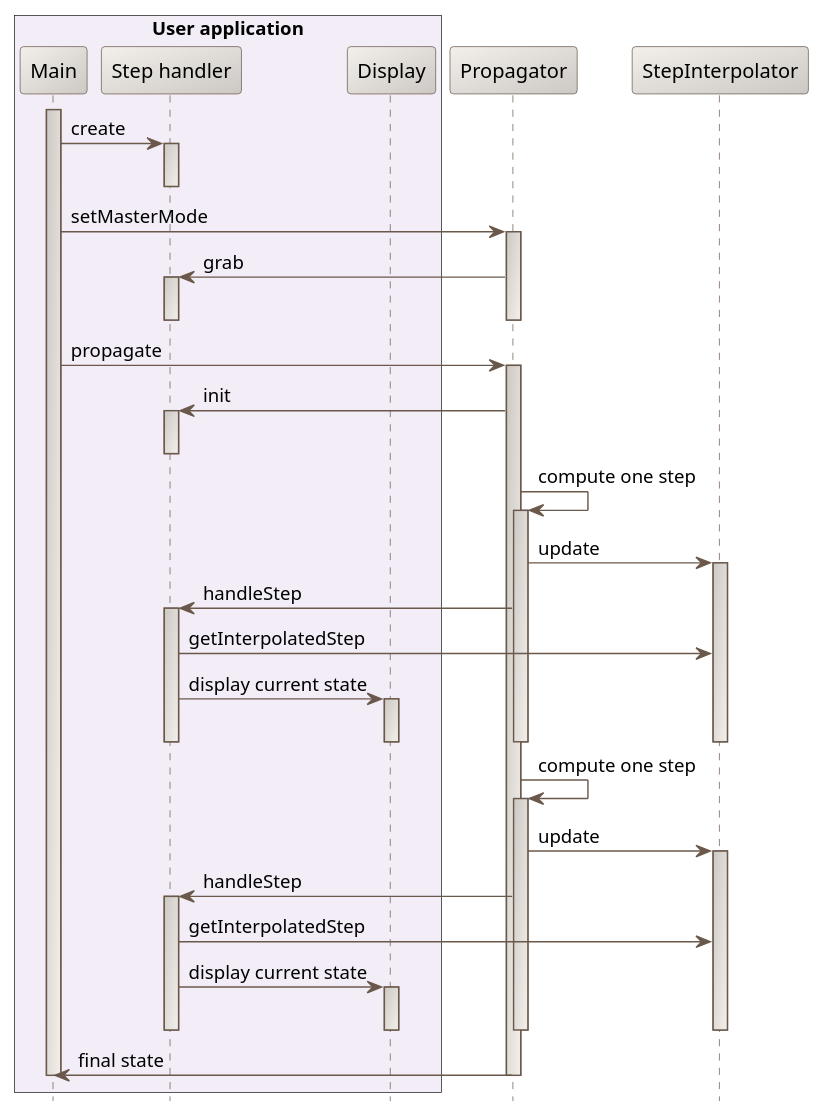
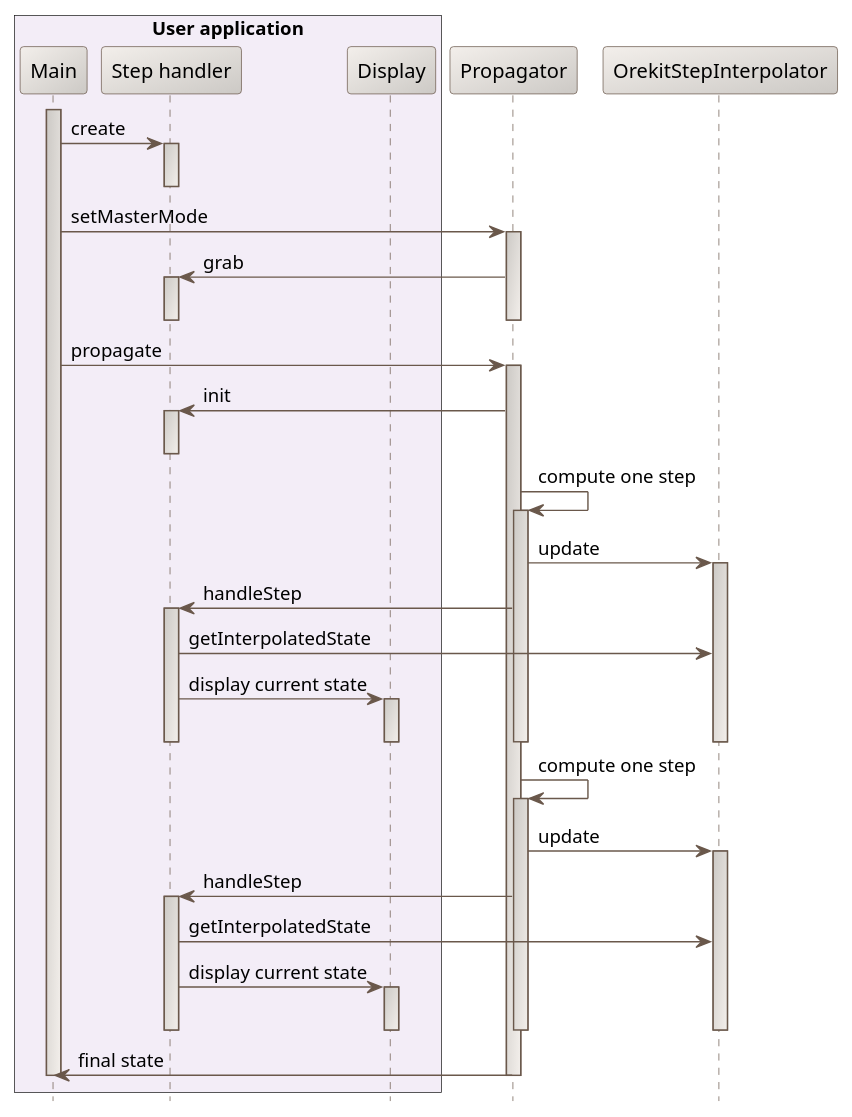
One commit to CS-SI/Orekit changed the diagram in src/design/master-mode-sequence-diagram.puml. Above: the diagram before and after it, drawn with PlantUML.

Commit message:
Fixed wrong sequence diagram.

```diff
--- a/src/design/master-mode-sequence-diagram.puml
+++ b/src/design/master-mode-sequence-diagram.puml
@@ -17,72 +17,72 @@
 @startuml
 
   skinparam svek                                true
   skinparam NoteBackgroundColor                 #F3EFEB
   skinparam NoteBorderColor                     #691616
   skinparam NoteFontColor                       #691616
   skinparam SequenceActorBorderColor            #6A584B
   skinparam SequenceParticipantBackgroundColor  #F3EFEB/CCC9C5
   skinparam SequenceParticipantBorderColor      #6A584B
   skinparam SequenceLifeLineBackgroundColor     #CCC9C5/F3EFEB
   skinparam SequenceLifeLineBorderColor         #6A584B
   skinparam SequenceArrowColor                  #6A584B
   skinparam SequenceBorderColor                 #6A584B
   skinparam SequenceFontSize                    11
 
   hide footbox
 
   box "User application" #F3EDF7
     participant "Main" as U
     participant "Step handler" as H
     participant "Display" as D
   end box
 
   participant Propagator
-  participant StepInterpolator
+  participant OrekitStepInterpolator
 
   activate U
   U                    ->           H          : create
     activate H
     deactivate H
   U                    ->           Propagator : setMasterMode
     activate Propagator
     Propagator         ->           H          : grab
       activate H
       deactivate H
     deactivate Propagator
   U                    ->           Propagator : propagate
     activate Propagator
     Propagator           ->           H : init
       activate H
       deactivate H
     Propagator           ->           Propagator : compute one step
       activate Propagator
-      Propagator           ->           StepInterpolator : update
-        activate StepInterpolator
+      Propagator           ->           OrekitStepInterpolator : update
+        activate OrekitStepInterpolator
         Propagator           ->           H : handleStep
           activate H
-          H           ->           StepInterpolator : getInterpolatedStep
+          H           ->           OrekitStepInterpolator : getInterpolatedState
           H           ->           D : display current state
             activate D
             deactivate D
           deactivate H
-        deactivate StepInterpolator
+        deactivate OrekitStepInterpolator
       deactivate Propagator
     Propagator           ->           Propagator : compute one step
       activate Propagator
-      Propagator           ->           StepInterpolator : update
-        activate StepInterpolator
+      Propagator           ->           OrekitStepInterpolator : update
+        activate OrekitStepInterpolator
         Propagator           ->           H : handleStep
           activate H
-          H           ->           StepInterpolator : getInterpolatedStep
+          H           ->           OrekitStepInterpolator : getInterpolatedState
           H           ->           D : display current state
             activate D
             deactivate D
           deactivate H
-        deactivate StepInterpolator
+        deactivate OrekitStepInterpolator
       deactivate Propagator
     Propagator           ->           U : final state 
     deactivate Propagator
   deactivate U
 
 @enduml
```
